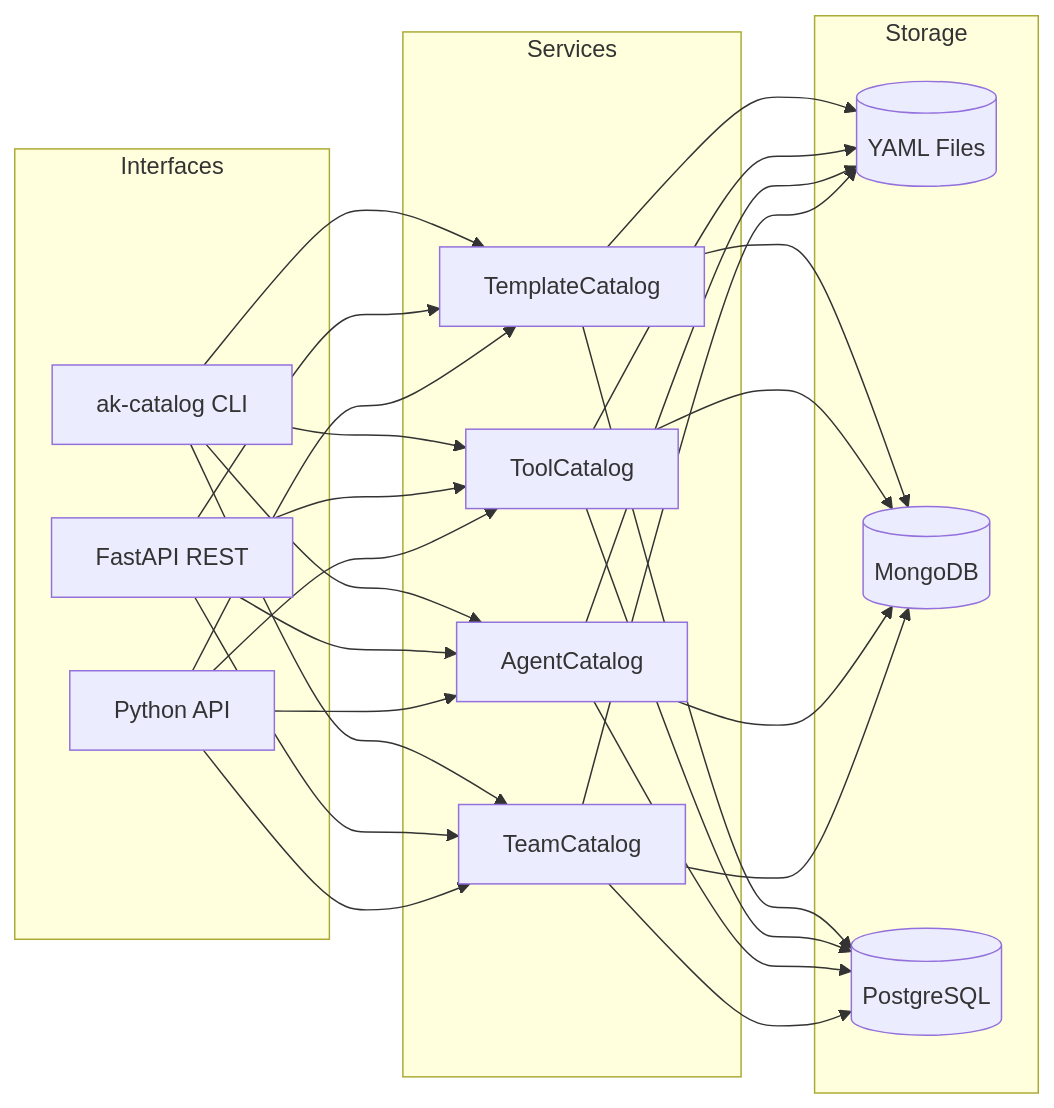
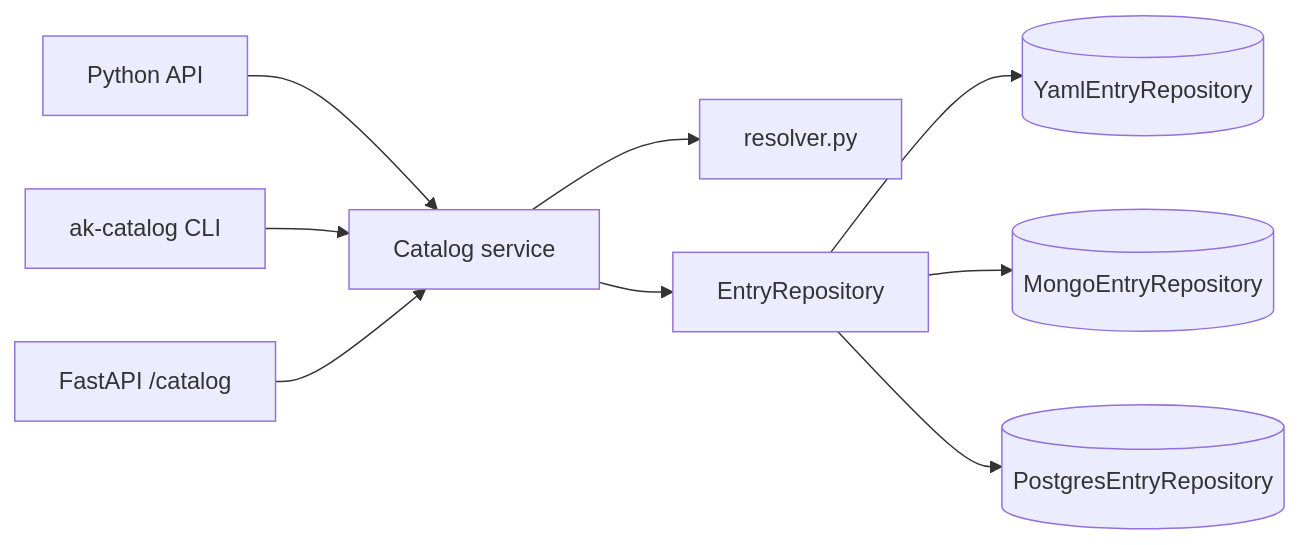
The diagram in README.md (b12consulting/akgentic), drawn with Mermaid before and after one commit. The commit also changed other lines of this file and 212 other files, not shown here.

````diff
--- a/README.md
+++ b/README.md
@@ -44,25 +156,11 @@
 ```mermaid
 flowchart LR
-    subgraph Interfaces
-        CLI[ak-catalog CLI]
-        API[FastAPI REST]
-        PY[Python API]
-    end
-    subgraph Services
-        TC[TemplateCatalog]
-        OC[ToolCatalog]
-        AC[AgentCatalog]
-        MC[TeamCatalog]
-    end
-    subgraph Storage
-        YAML[(YAML Files)]
-        MONGO[(MongoDB)]
-        POSTGRES[(PostgreSQL)]
-    end
-    CLI --> TC & OC & AC & MC
-    API --> TC & OC & AC & MC
-    PY --> TC & OC & AC & MC
-    TC & OC & AC & MC --> YAML
-    TC & OC & AC & MC --> MONGO
-    TC & OC & AC & MC --> POSTGRES
+    PY[Python API] --> CAT
+    CLI[ak-catalog CLI] --> CAT
+    API[FastAPI /catalog] --> CAT
+    CAT[Catalog service] --> RES[resolver.py]
+    CAT --> REPO[EntryRepository]
+    REPO --> YAML[(YamlEntryRepository)]
+    REPO --> MONGO[(MongoEntryRepository)]
+    REPO --> POSTGRES[(PostgresEntryRepository)]
 ```
````
